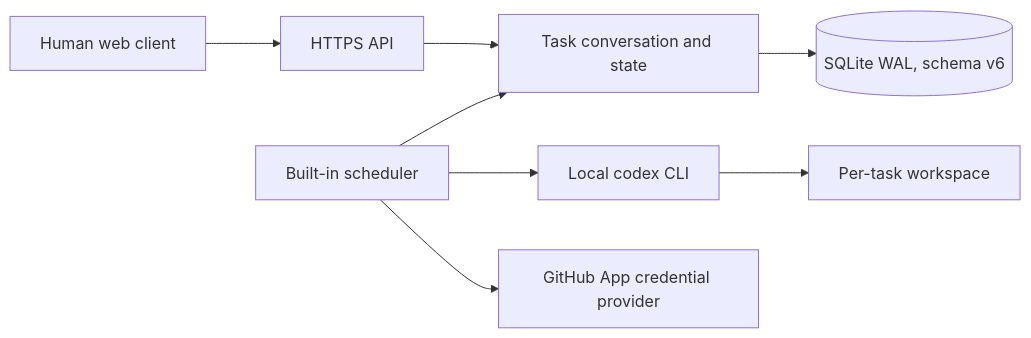
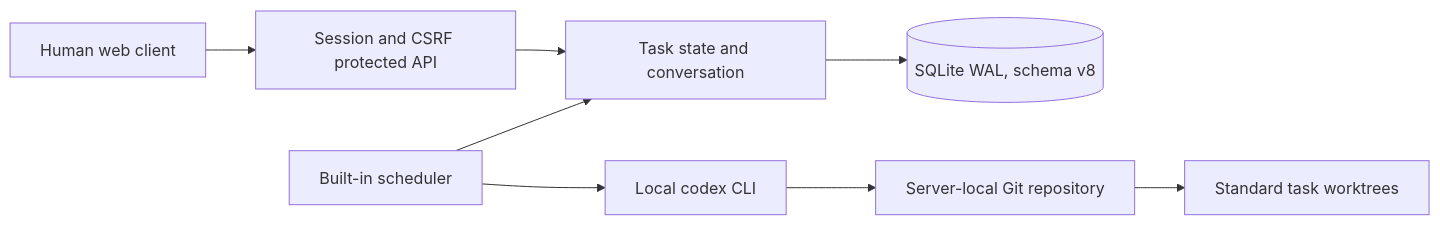
One commit to backinfile/ProjectBoard changed the diagram in docs/ARCHITECTURE.md. Above: the diagram before and after it, drawn with Mermaid. The commit also changed other lines of this file and 28 other files, not shown here.

````diff
--- a/docs/ARCHITECTURE.md
+++ b/docs/ARCHITECTURE.md
@@ -3,10 +3,10 @@
 ```mermaid
 flowchart LR
-  H["Human web client"] --> A["HTTPS API"]
-  A --> Q["Task conversation and state"]
+  H["Human web client"] --> A["Session and CSRF protected API"]
+  A --> Q["Task state and conversation"]
   S["Built-in scheduler"] --> Q
   S --> C["Local codex CLI"]
-  C --> W["Per-task workspace"]
-  S --> G["GitHub App credential provider"]
-  Q --> D[("SQLite WAL, schema v6")]
+  C --> R["Server-local Git repository"]
+  R --> W["Standard task worktrees"]
+  Q --> D[("SQLite WAL, schema v8")]
 ```
````
